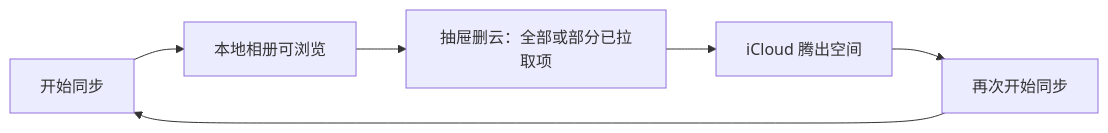
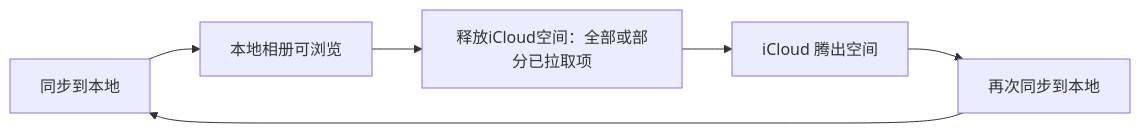
Before and after one commit to cz6c/ll-admin: the first of 3 diagrams in apps/admin/src/views/album/cloudSyncFlow.md, drawn with Mermaid. The commit also changed other lines of this file and 9 other files, not shown here.

````diff
--- a/apps/admin/src/views/album/cloudSyncFlow.md
+++ b/apps/admin/src/views/album/cloudSyncFlow.md
@@ -19,8 +19,8 @@
 ```mermaid
 flowchart LR
-  A[开始同步] --> B[本地相册可浏览]
-  B --> C[抽屉删云：全部或部分已拉取项]
+  A[同步到本地] --> B[本地相册可浏览]
+  B --> C[释放iCloud空间：全部或部分已拉取项]
   C --> D[iCloud 腾出空间]
-  D --> E[再次开始同步]
+  D --> E[再次同步到本地]
   E --> A
 ```
````
